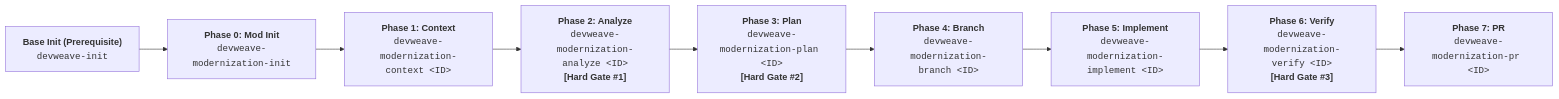
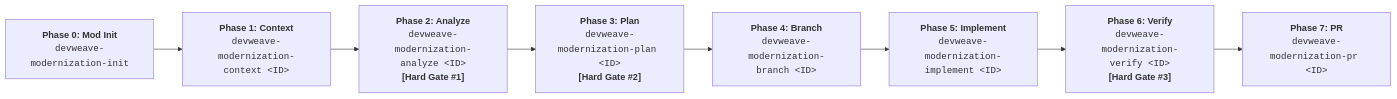
One commit to paarthivnaik/DevWeave changed the second of 2 diagrams in spec/specification/lifecycle.md. Above: the diagram before and after it, drawn with Mermaid. The commit also changed other lines of this file and 10 other files, not shown here.

Commit message:
fix(modernization): remove blocking devweave-init prerequisite from devweave-modernization-init

````diff
--- a/spec/specification/lifecycle.md
+++ b/spec/specification/lifecycle.md
@@ -24,11 +24,10 @@
 ```mermaid
 flowchart LR
-    BINIT["<b>Base Init (Prerequisite)</b><br><code>devweave-init</code>"] --> MINIT["<b>Phase 0: Mod Init</b><br><code>devweave-modernization-init</code>"]
-    MINIT --> M1["<b>Phase 1: Context</b><br><code>devweave-modernization-context &lt;ID&gt;</code>"]
+    MINIT["<b>Phase 0: Mod Init</b><br><code>devweave-modernization-init</code>"] --> M1["<b>Phase 1: Context</b><br><code>devweave-modernization-context &lt;ID&gt;</code>"]
     M1 --> M2["<b>Phase 2: Analyze</b><br><code>devweave-modernization-analyze &lt;ID&gt;</code><br><b>[Hard Gate #1]</b>"]
     M2 --> M3["<b>Phase 3: Plan</b><br><code>devweave-modernization-plan &lt;ID&gt;</code><br><b>[Hard Gate #2]</b>"]
     M3 --> M4["<b>Phase 4: Branch</b><br><code>devweave-modernization-branch &lt;ID&gt;</code>"]
     M4 --> M5["<b>Phase 5: Implement</b><br><code>devweave-modernization-implement &lt;ID&gt;</code>"]
     M5 --> M6["<b>Phase 6: Verify</b><br><code>devweave-modernization-verify &lt;ID&gt;</code><br><b>[Hard Gate #3]</b>"]
     M6 --> M7["<b>Phase 7: PR</b><br><code>devweave-modernization-pr &lt;ID&gt;</code>"]
 ```
````
